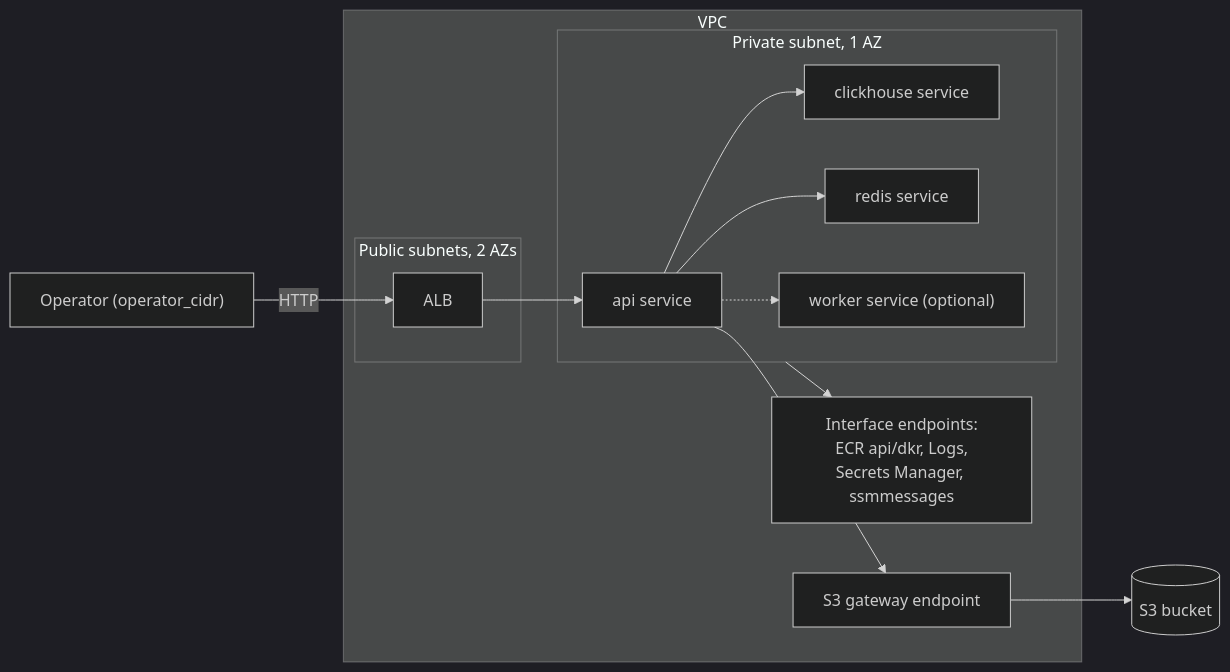
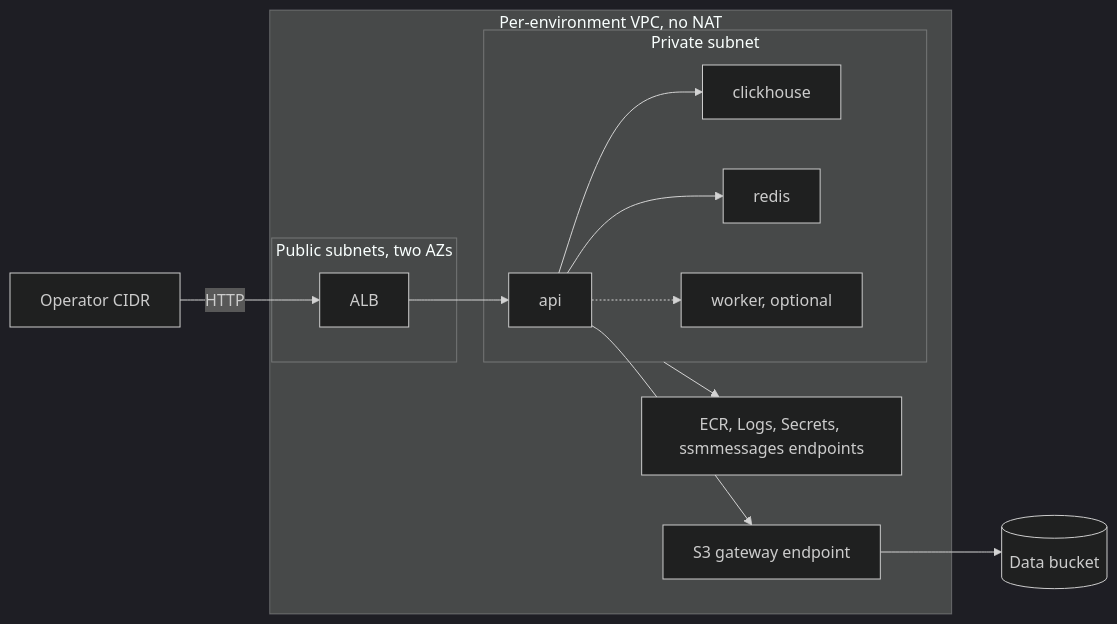
The diagram in ARCHITECTURE.md (FunnyValentine69/orbit-infra), drawn with Mermaid (dark theme) before and after one commit. The commit also changed other lines of this file and 15 other files, not shown here.

First line of the commit message:
docs: two-layer documentation, public-scope wording, evidence index, TODO audit

````diff
--- a/ARCHITECTURE.md
+++ b/ARCHITECTURE.md
@@ -63,24 +15,23 @@
 ```mermaid
 flowchart LR
-    operator["Operator (operator_cidr)"] -->|HTTP| alb[ALB]
-    subgraph vpc[VPC]
-        subgraph pub[Public subnets, 2 AZs]
+    operator["Operator CIDR"] -->|HTTP| alb[ALB]
+    subgraph vpc["Per-environment VPC, no NAT"]
+        subgraph public["Public subnets, two AZs"]
             alb
         end
-        subgraph priv[Private subnet, 1 AZ]
-            api[api service]
-            ch[clickhouse service]
-            redis[redis service]
-            worker["worker service (optional)"]
+        subgraph private["Private subnet"]
+            api[api]
+            ch[clickhouse]
+            redis[redis]
+            worker["worker, optional"]
         end
-        ep[Interface endpoints:\nECR api/dkr, Logs,\nSecrets Manager, ssmmessages]
-        gw[S3 gateway endpoint]
+        endpoints["ECR, Logs, Secrets, ssmmessages endpoints"]
+        gateway["S3 gateway endpoint"]
     end
     alb --> api
     api --> ch
     api --> redis
     api -.-> worker
-    api --> gw
-    priv --> ep
-    gw --> s3[(S3 bucket)]
+    private --> endpoints
+    api --> gateway --> data[(Data bucket)]
 ```
````
